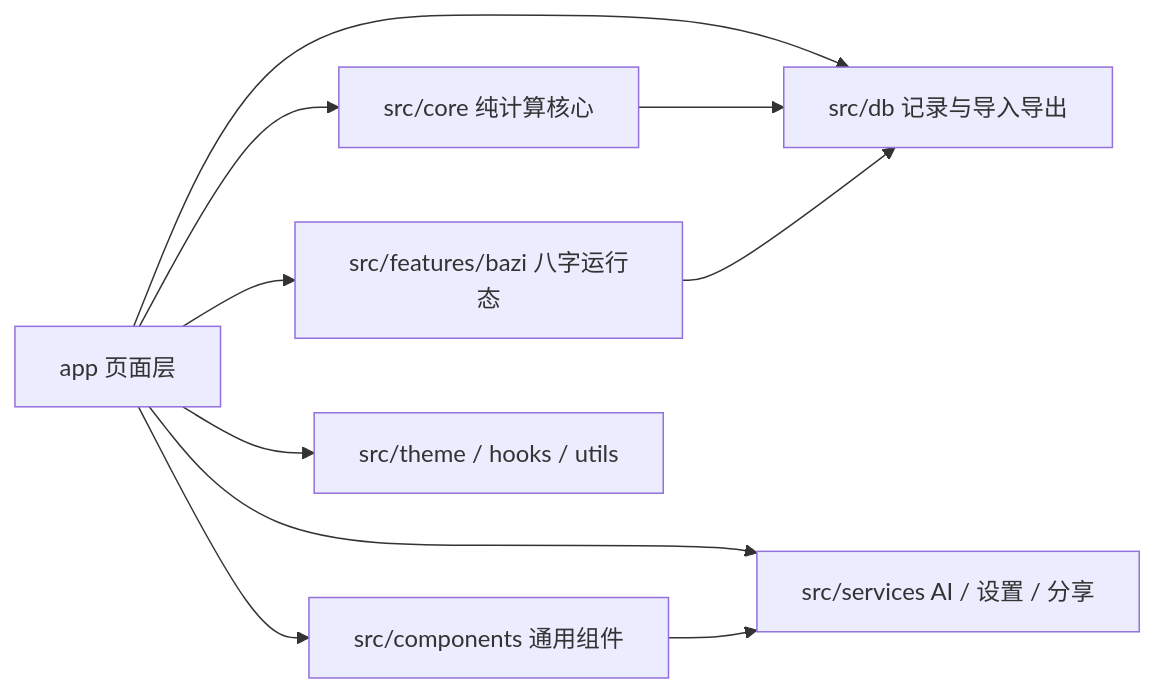
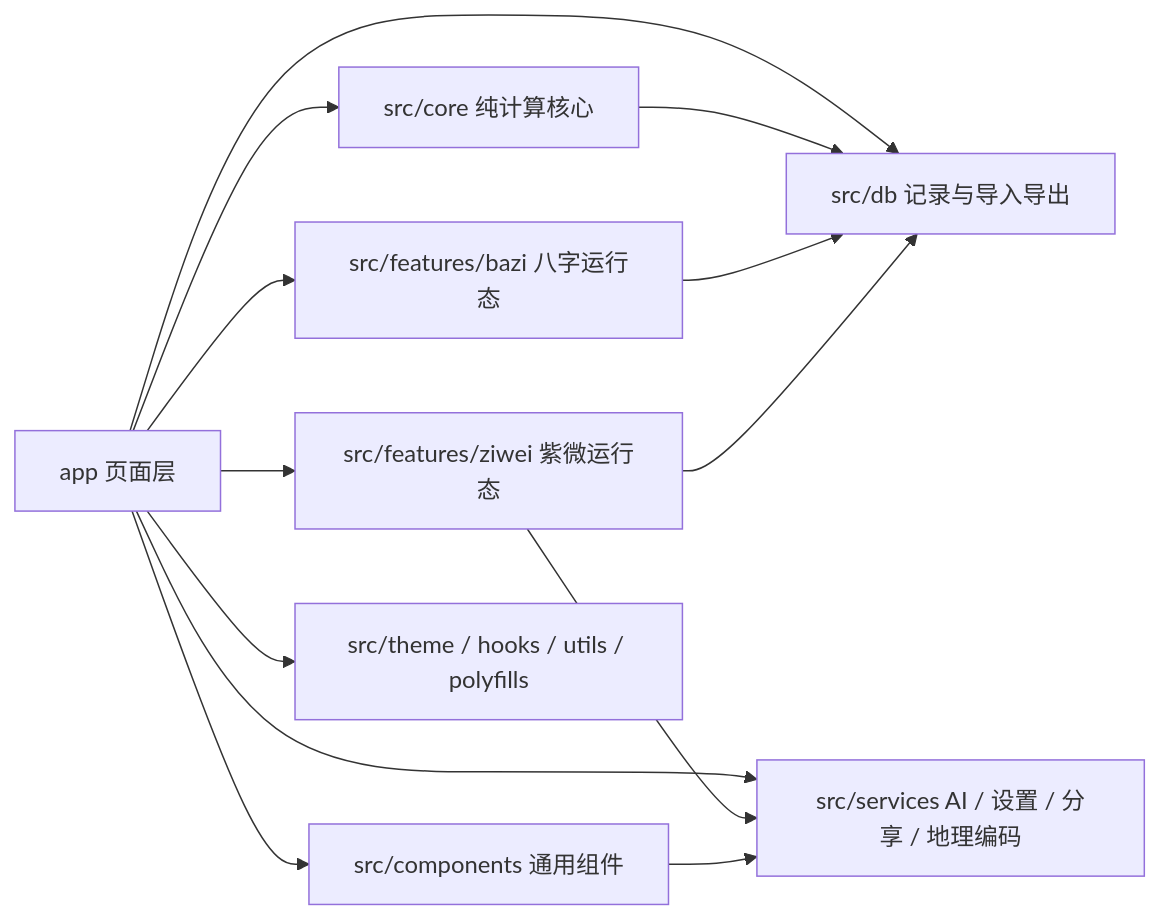
One commit to Nyxlux-bot/JianJi changed the diagram in PROJECT_ARCHITECTURE.md. Above: the diagram before and after it, drawn with Mermaid. The commit also changed other lines of this file and 63 other files, not shown here.

````diff
--- a/PROJECT_ARCHITECTURE.md
+++ b/PROJECT_ARCHITECTURE.md
@@ -118,12 +150,15 @@
 ```mermaid
 flowchart LR
   A["app 页面层"] --> B["src/core 纯计算核心"]
   A --> C["src/features/bazi 八字运行态"]
-  A --> D["src/components 通用组件"]
-  A --> E["src/services AI / 设置 / 分享"]
-  A --> F["src/db 记录与导入导出"]
-  A --> G["src/theme / hooks / utils"]
-  B --> F
-  C --> F
-  D --> E
+  A --> D["src/features/ziwei 紫微运行态"]
+  A --> E["src/components 通用组件"]
+  A --> F["src/services AI / 设置 / 分享 / 地理编码"]
+  A --> G["src/db 记录与导入导出"]
+  A --> H["src/theme / hooks / utils / polyfills"]
+  B --> G
+  C --> G
+  D --> G
+  D --> F
+  E --> F
 ```
````
